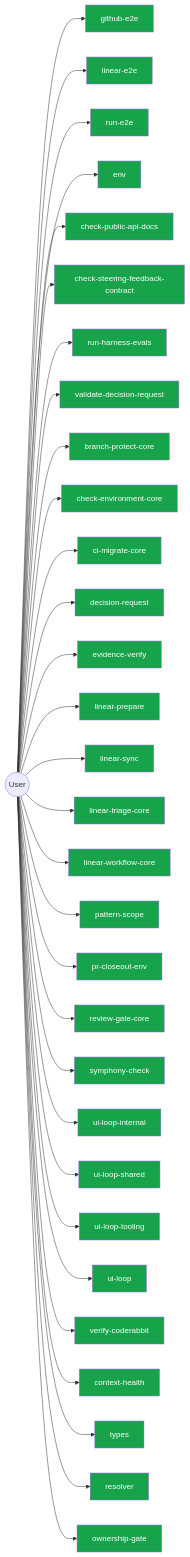
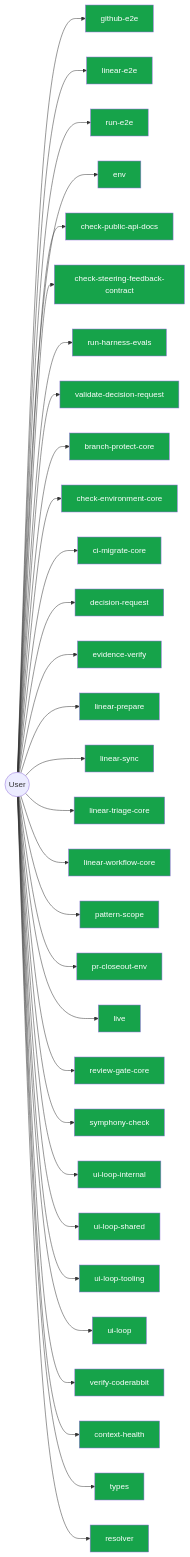
Diagram 14 of 14 in AI/context/diagram-context.md (jscraik/coding-harness), drawn with Mermaid before and after one commit. The commit also changed other lines of this file and 113 other files, not shown here.

````diff
--- a/AI/context/diagram-context.md
+++ b/AI/context/diagram-context.md
@@ -1586,67 +1610,67 @@
 ```mermaid
 flowchart LR
   User(("User"))
   github_e2e_2891a341["github-e2e"]
   User --> github_e2e_2891a341
   linear_e2e_decf3708["linear-e2e"]
   User --> linear_e2e_decf3708
   run_e2e_39efe696["run-e2e"]
   User --> run_e2e_39efe696
   env_b77349bf["env"]
   User --> env_b77349bf
   check_public_api_docs_a9604f1b["check-public-api-docs"]
   User --> check_public_api_docs_a9604f1b
   check_steering_feedback_contract_80134459["check-steering-feedback-contract"]
   User --> check_steering_feedback_contract_80134459
   run_harness_evals_77704768["run-harness-evals"]
   User --> run_harness_evals_77704768
   validate_decision_request_2e5c325e["validate-decision-request"]
   User --> validate_decision_request_2e5c325e
   branch_protect_core_a8feb0fd["branch-protect-core"]
   User --> branch_protect_core_a8feb0fd
   check_environment_core_2c16213f["check-environment-core"]
   User --> check_environment_core_2c16213f
   ci_migrate_core_7005b5af["ci-migrate-core"]
   User --> ci_migrate_core_7005b5af
   decision_request_118a770d["decision-request"]
   User --> decision_request_118a770d
   evidence_verify_3b73c290["evidence-verify"]
   User --> evidence_verify_3b73c290
   linear_prepare_0c613ba6["linear-prepare"]
   User --> linear_prepare_0c613ba6
   linear_sync_a2fa2bf7["linear-sync"]
   User --> linear_sync_a2fa2bf7
   linear_triage_core_7cbca73e["linear-triage-core"]
   User --> linear_triage_core_7cbca73e
   linear_workflow_core_0e19cff4["linear-workflow-core"]
   User --> linear_workflow_core_0e19cff4
   pattern_scope_61ff946d["pattern-scope"]
   User --> pattern_scope_61ff946d
   pr_closeout_env_9bfcd9ef["pr-closeout-env"]
   User --> pr_closeout_env_9bfcd9ef
+  live_247610f4["live"]
+  User --> live_247610f4
   review_gate_core_4c8001f9["review-gate-core"]
   User --> review_gate_core_4c8001f9
   symphony_check_e97f2ea0["symphony-check"]
   User --> symphony_check_e97f2ea0
   ui_loop_internal_f2eb8892["ui-loop-internal"]
   User --> ui_loop_internal_f2eb8892
   ui_loop_shared_8c83b841["ui-loop-shared"]
   User --> ui_loop_shared_8c83b841
   ui_loop_tooling_12b2d2c7["ui-loop-tooling"]
   User --> ui_loop_tooling_12b2d2c7
   ui_loop_11660889["ui-loop"]
   User --> ui_loop_11660889
   verify_coderabbit_490b4e71["verify-coderabbit"]
   User --> verify_coderabbit_490b4e71
   context_health_1_ceb11829["context-health"]
   User --> context_health_1_ceb11829
   types_2_d9bc6e7a["types"]
   User --> types_2_d9bc6e7a
   resolver_439c3635["resolver"]
   User --> resolver_439c3635
-  ownership_gate_2e194d13["ownership-gate"]
-  User --> ownership_gate_2e194d13
   classDef userNode fill:#16a34a,color:#fff
-  class github_e2e_2891a341,linear_e2e_decf3708,run_e2e_39efe696,env_b77349bf,check_public_api_docs_a9604f1b,check_steering_feedback_contract_80134459,run_harness_evals_77704768,validate_decision_request_2e5c325e,branch_protect_core_a8feb0fd,check_environment_core_2c16213f,ci_migrate_core_7005b5af,decision_request_118a770d,evidence_verify_3b73c290,linear_prepare_0c613ba6,linear_sync_a2fa2bf7,linear_triage_core_7cbca73e,linear_workflow_core_0e19cff4,pattern_scope_61ff946d,pr_closeout_env_9bfcd9ef,review_gate_core_4c8001f9,symphony_check_e97f2ea0,ui_loop_internal_f2eb8892,ui_loop_shared_8c83b841,ui_loop_tooling_12b2d2c7,ui_loop_11660889,verify_coderabbit_490b4e71,context_health_1_ceb11829,types_2_d9bc6e7a,resolver_439c3635,ownership_gate_2e194d13 userNode
+  class github_e2e_2891a341,linear_e2e_decf3708,run_e2e_39efe696,env_b77349bf,check_public_api_docs_a9604f1b,check_steering_feedback_contract_80134459,run_harness_evals_77704768,validate_decision_request_2e5c325e,branch_protect_core_a8feb0fd,check_environment_core_2c16213f,ci_migrate_core_7005b5af,decision_request_118a770d,evidence_verify_3b73c290,linear_prepare_0c613ba6,linear_sync_a2fa2bf7,linear_triage_core_7cbca73e,linear_workflow_core_0e19cff4,pattern_scope_61ff946d,pr_closeout_env_9bfcd9ef,live_247610f4,review_gate_core_4c8001f9,symphony_check_e97f2ea0,ui_loop_internal_f2eb8892,ui_loop_shared_8c83b841,ui_loop_tooling_12b2d2c7,ui_loop_11660889,verify_coderabbit_490b4e71,context_health_1_ceb11829,types_2_d9bc6e7a,resolver_439c3635 userNode
 
 ```
````
